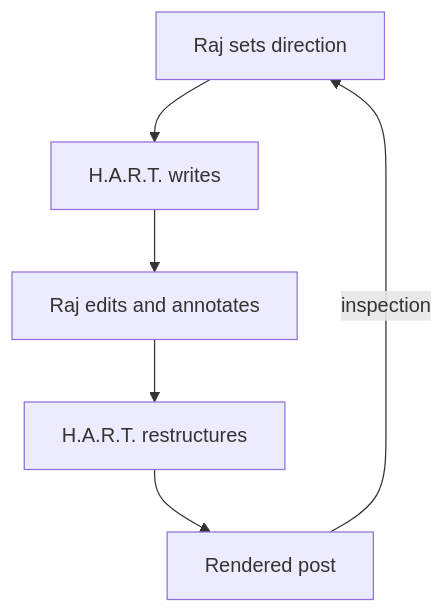
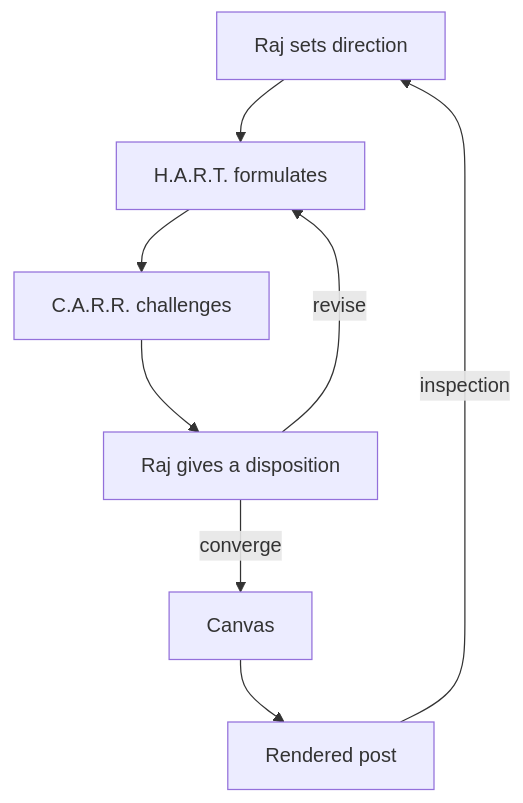
One commit to rajp152k/rajp152k.github.io changed the second of 2 diagrams in content/pages/about-us/canvas.md. Above: the diagram before and after it, drawn with Mermaid. The commit also changed other lines of this file, not shown here.

````diff
--- a/content/pages/about-us/canvas.md
+++ b/content/pages/about-us/canvas.md
@@ -62,8 +81,10 @@
 ```mermaid
 graph TD
-  A[Raj sets direction] --> B[H.A.R.T. writes]
-  B --> C[Raj edits and annotates]
-  C --> D[H.A.R.T. restructures]
-  D --> E[Rendered post]
-  E -->|inspection| A
+  A[Raj sets direction] --> B[H.A.R.T. formulates]
+  B --> C[C.A.R.R. challenges]
+  C --> D[Raj gives a disposition]
+  D -->|revise| B
+  D -->|converge| E[Canvas]
+  E --> F[Rendered post]
+  F -->|inspection| A
 ```
````
